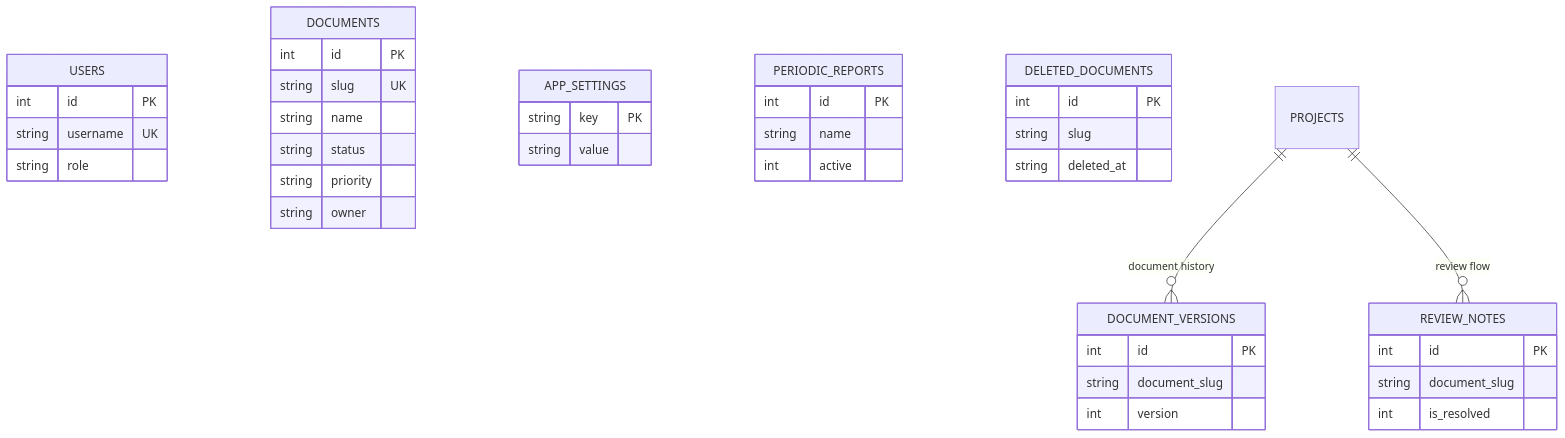
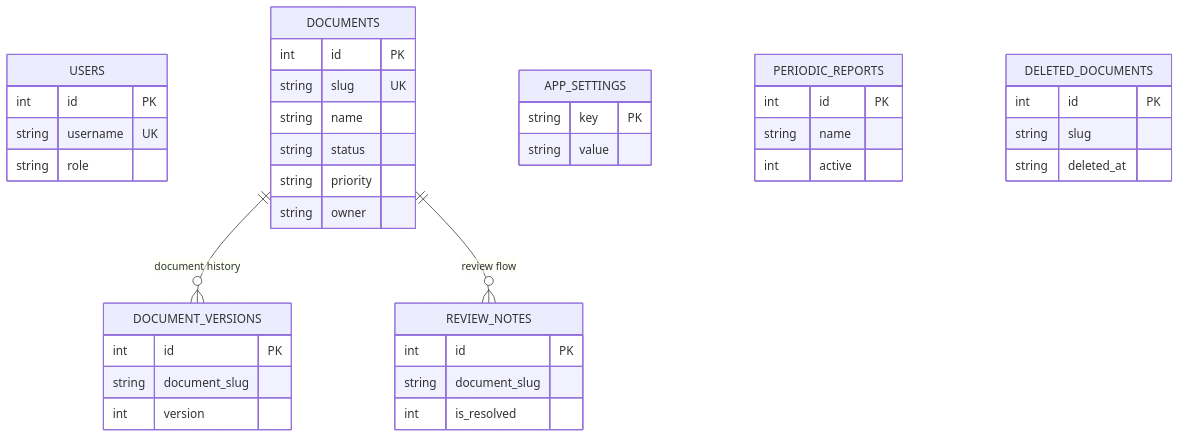
Before and after one commit to Vieirapa/ProjectDashboard: the second of 2 diagrams in docs/14-db-structure-and-module-mapping-3be2bc7.md, drawn with Mermaid. The commit also changed other lines of this file and 3 other files, not shown here.

Commit message:
docs: refresh README and docs for documents schema and current features

````diff
--- a/docs/14-db-structure-and-module-mapping-3be2bc7.md
+++ b/docs/14-db-structure-and-module-mapping-3be2bc7.md
@@ -313,49 +311,49 @@
 ```mermaid
 erDiagram
     USERS {
         int id PK
         string username UK
         string role
     }
 
     DOCUMENTS {
         int id PK
         string slug UK
         string name
         string status
         string priority
         string owner
     }
 
     DOCUMENT_VERSIONS {
         int id PK
         string document_slug
         int version
     }
 
     REVIEW_NOTES {
         int id PK
         string document_slug
         int is_resolved
     }
 
     APP_SETTINGS {
         string key PK
         string value
     }
 
     PERIODIC_REPORTS {
         int id PK
         string name
         int active
     }
 
     DELETED_DOCUMENTS {
         int id PK
         string slug
         string deleted_at
     }
 
-    PROJECTS ||--o{ DOCUMENT_VERSIONS : "document history"
-    PROJECTS ||--o{ REVIEW_NOTES : "review flow"
+    DOCUMENTS ||--o{ DOCUMENT_VERSIONS : "document history"
+    DOCUMENTS ||--o{ REVIEW_NOTES : "review flow"
 ```
````
